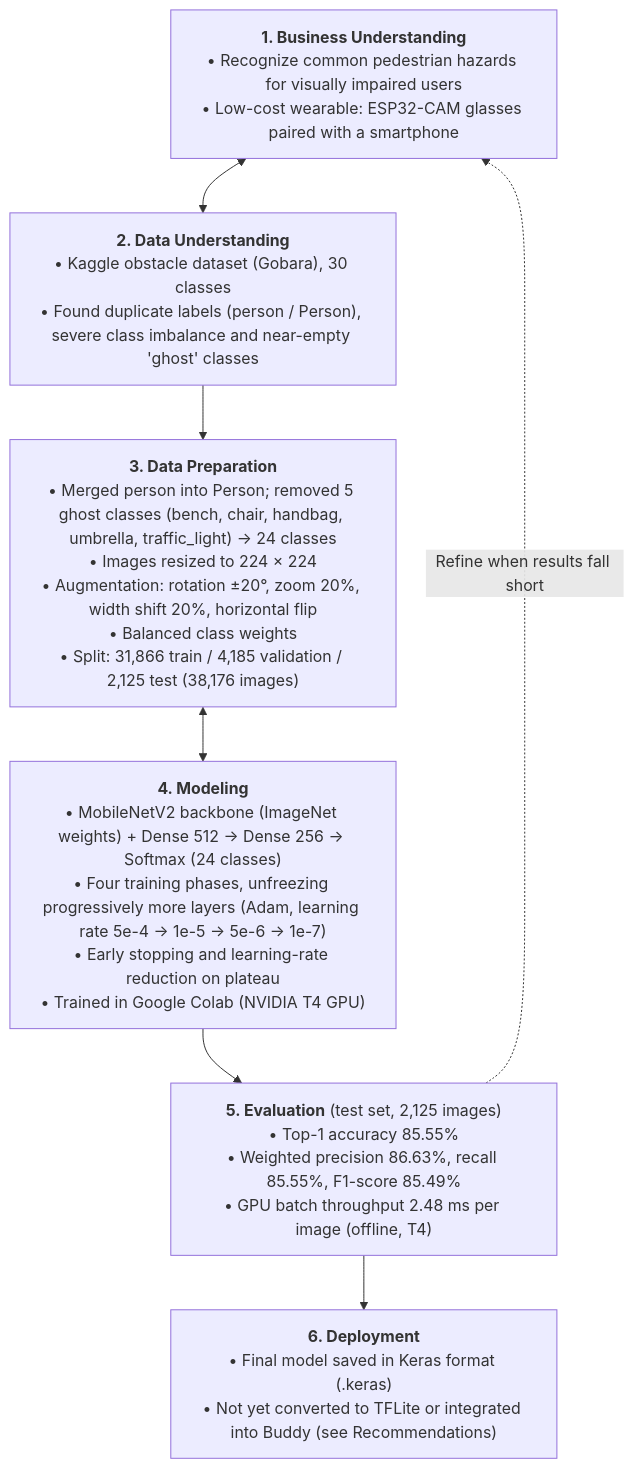
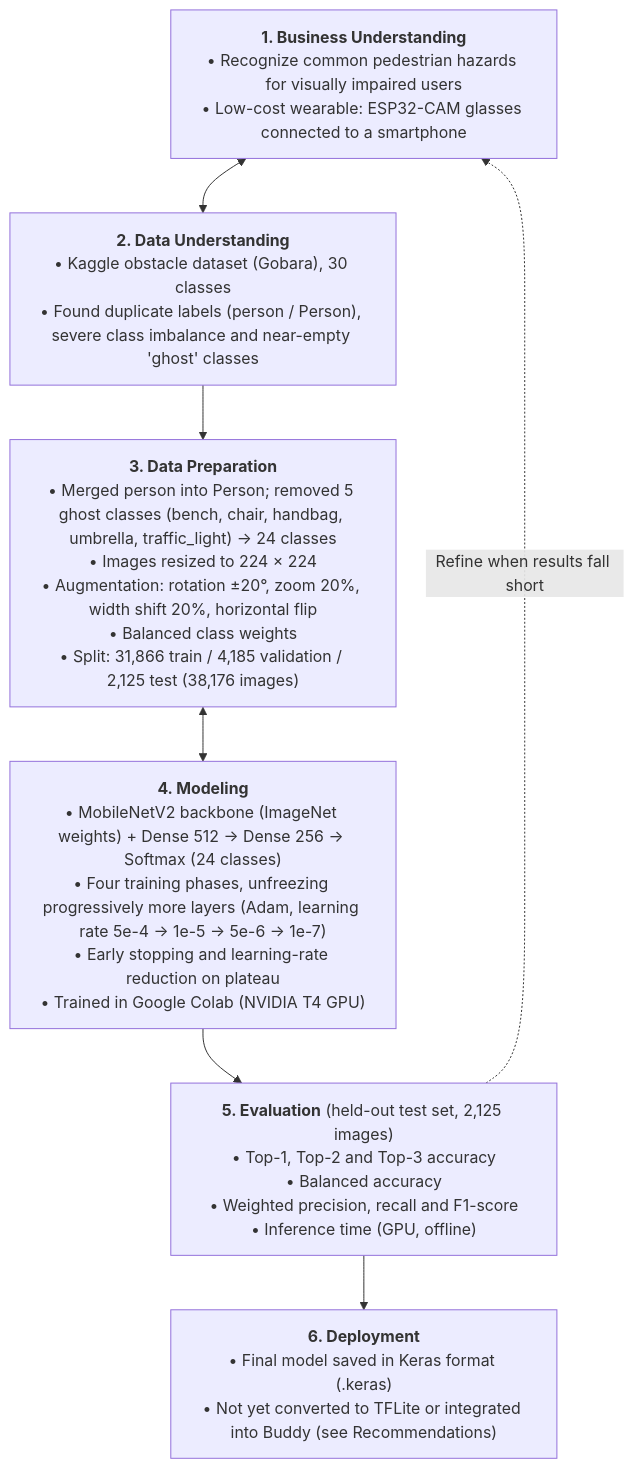
The second of 2 diagrams in docs/figures/02_chapter_3_methodology_lifecycle.md (ciellamher/easylens), drawn with Mermaid before and after one commit. The commit also changed 3 other files, not shown here.

````diff
--- a/docs/figures/02_chapter_3_methodology_lifecycle.md
+++ b/docs/figures/02_chapter_3_methodology_lifecycle.md
@@ -82,22 +82,22 @@
 ```mermaid
 %%{init: {"flowchart": {"wrappingWidth": 330, "nodeSpacing": 40, "rankSpacing": 55}}}%%
 flowchart TD
-    BU["<b>1. Business Understanding</b><br/>• Recognize common pedestrian hazards for visually impaired users<br/>• Low-cost wearable: ESP32-CAM glasses paired with a smartphone"]
+    BU["<b>1. Business Understanding</b><br/>• Recognize common pedestrian hazards for visually impaired users<br/>• Low-cost wearable: ESP32-CAM glasses connected to a smartphone"]
 
     DU["<b>2. Data Understanding</b><br/>• Kaggle obstacle dataset (Gobara), 30 classes<br/>• Found duplicate labels (person / Person), severe class imbalance and near-empty 'ghost' classes"]
 
     DP["<b>3. Data Preparation</b><br/>• Merged person into Person; removed 5 ghost classes (bench, chair, handbag, umbrella, traffic_light) → 24 classes<br/>• Images resized to 224 × 224<br/>• Augmentation: rotation ±20°, zoom 20%, width shift 20%, horizontal flip<br/>• Balanced class weights<br/>• Split: 31,866 train / 4,185 validation / 2,125 test (38,176 images)"]
 
     M["<b>4. Modeling</b><br/>• MobileNetV2 backbone (ImageNet weights) + Dense 512 → Dense 256 → Softmax (24 classes)<br/>• Four training phases, unfreezing progressively more layers (Adam, learning rate 5e-4 → 1e-5 → 5e-6 → 1e-7)<br/>• Early stopping and learning-rate reduction on plateau<br/>• Trained in Google Colab (NVIDIA T4 GPU)"]
 
-    EV["<b>5. Evaluation</b> (test set, 2,125 images)<br/>• Top-1 accuracy 85.55%<br/>• Weighted precision 86.63%, recall 85.55%, F1-score 85.49%<br/>• GPU batch throughput 2.48 ms per image (offline, T4)"]
+    EV["<b>5. Evaluation</b> (held-out test set, 2,125 images)<br/>• Top-1, Top-2 and Top-3 accuracy<br/>• Balanced accuracy<br/>• Weighted precision, recall and F1-score<br/>• Inference time (GPU, offline)"]
 
     DEP["<b>6. Deployment</b><br/>• Final model saved in Keras format (.keras)<br/>• Not yet converted to TFLite or integrated into Buddy (see Recommendations)"]
 
     BU <--> DU
     DU --> DP
     DP <--> M
     M --> EV
     EV --> DEP
     EV -.->|Refine when results fall short| BU
 ```
````
